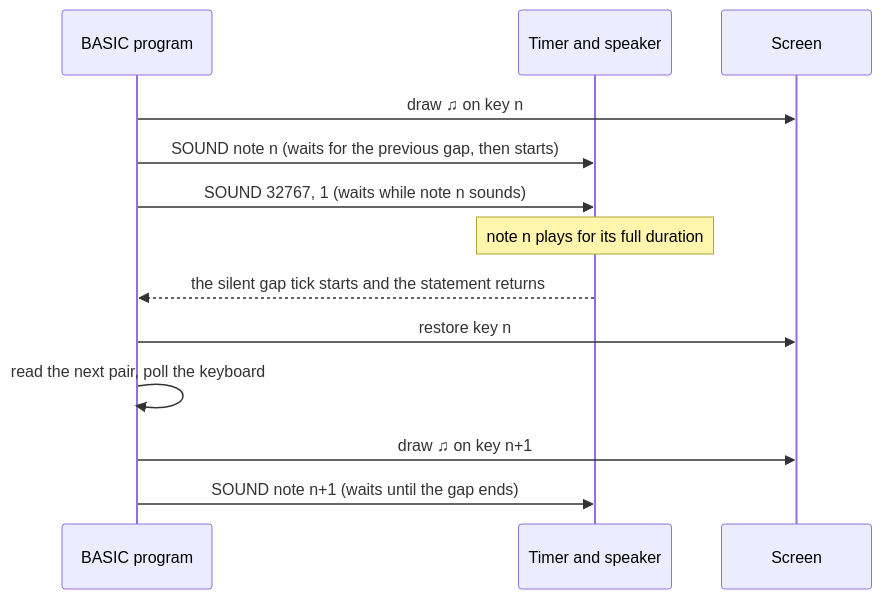
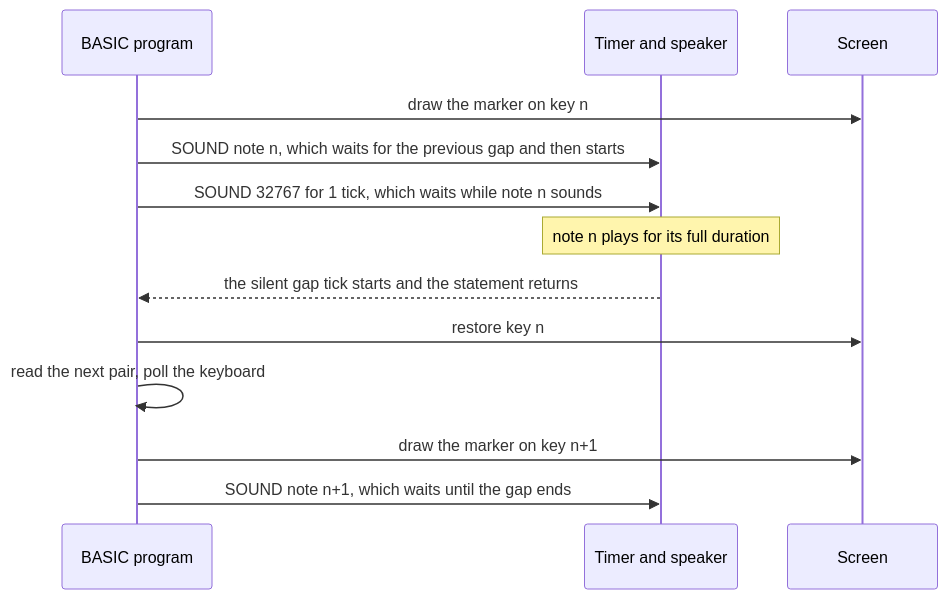
The third of 3 diagrams in docs/music/ORIGINAL-ARCHITECTURE.md (agunawijaya/any-key), drawn with Mermaid before and after one commit. The commit also changed other lines of this file and 316 other files, not shown here.

````diff
--- a/docs/music/ORIGINAL-ARCHITECTURE.md
+++ b/docs/music/ORIGINAL-ARCHITECTURE.md
@@ -221,15 +251,15 @@
 ```mermaid
 sequenceDiagram
     participant P as BASIC program
     participant T as Timer and speaker
     participant S as Screen
-    P->>S: draw ♫ on key n
-    P->>T: SOUND note n (waits for the previous gap, then starts)
-    P->>T: SOUND 32767, 1 (waits while note n sounds)
+    P->>S: draw the marker on key n
+    P->>T: SOUND note n, which waits for the previous gap and then starts
+    P->>T: SOUND 32767 for 1 tick, which waits while note n sounds
     Note over T: note n plays for its full duration
     T-->>P: the silent gap tick starts and the statement returns
     P->>S: restore key n
     P->>P: read the next pair, poll the keyboard
-    P->>S: draw ♫ on key n+1
-    P->>T: SOUND note n+1 (waits until the gap ends)
+    P->>S: draw the marker on key n+1
+    P->>T: SOUND note n+1, which waits until the gap ends
 ```
````
